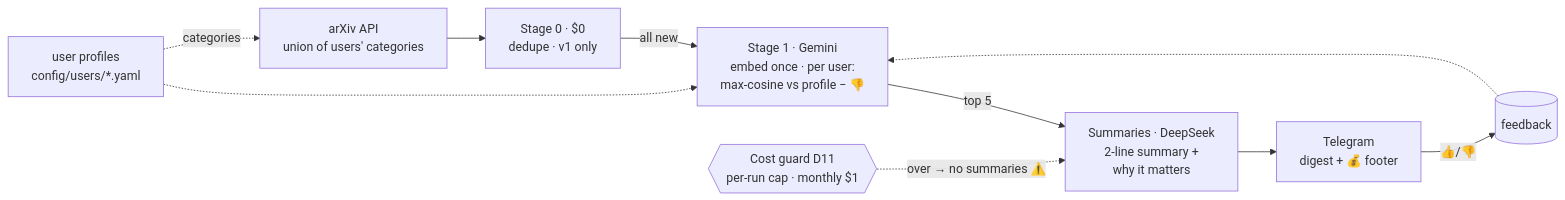
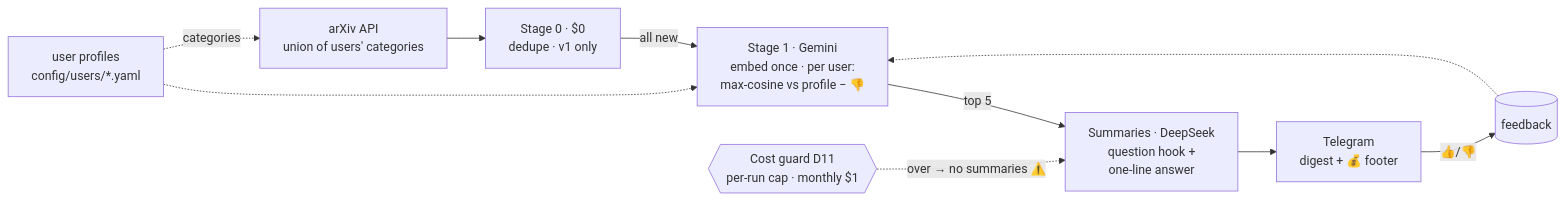
One commit to Matcry12/Newsloader changed the first of 2 diagrams in docs/architecture.md. Above: the diagram before and after it, drawn with Mermaid. The commit also changed 6 other files, not shown here.

Commit message:
feat: digest items open with a question hook and one-line answer

````diff
--- a/docs/architecture.md
+++ b/docs/architecture.md
@@ -4,12 +4,12 @@
 ```mermaid
 flowchart LR
     A[arXiv API<br/>union of users' categories] --> S0
     S0[Stage 0 · $0<br/>dedupe · v1 only] -->|all new| S1
     S1[Stage 1 · Gemini<br/>embed once · per user:<br/>max-cosine vs profile − 👎] -->|top 5| S3
-    S3[Summaries · DeepSeek<br/>2-line summary +<br/>why it matters] --> T[Telegram<br/>digest + 💰 footer]
+    S3[Summaries · DeepSeek<br/>question hook +<br/>one-line answer] --> T[Telegram<br/>digest + 💰 footer]
     T -->|👍/👎| FB[(feedback)]
     FB -.-> S1
     I[user profiles<br/>config/users/*.yaml] -.-> S1
     I -.->|categories| A
     G{{Cost guard D11<br/>per-run cap · monthly $1}} -.->|over → no summaries ⚠️| S3
 ```
````
